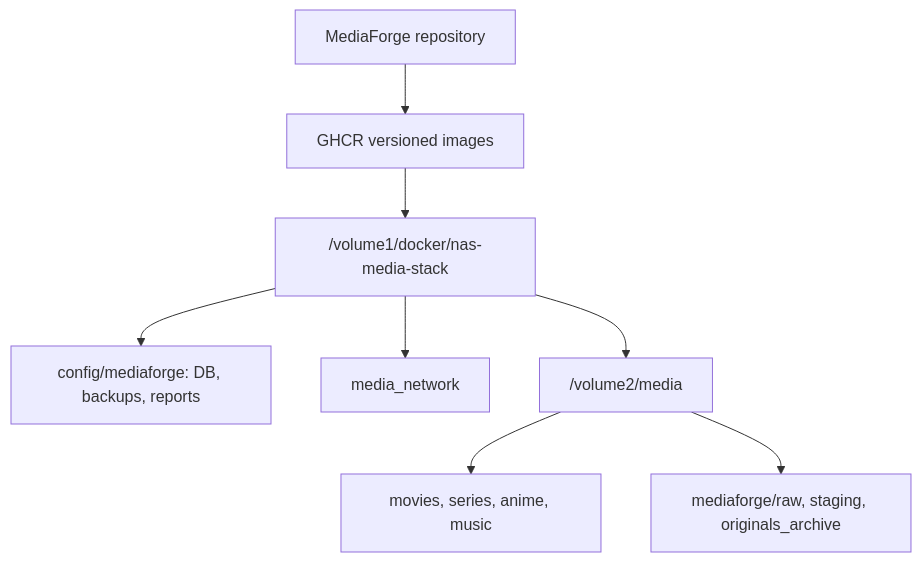
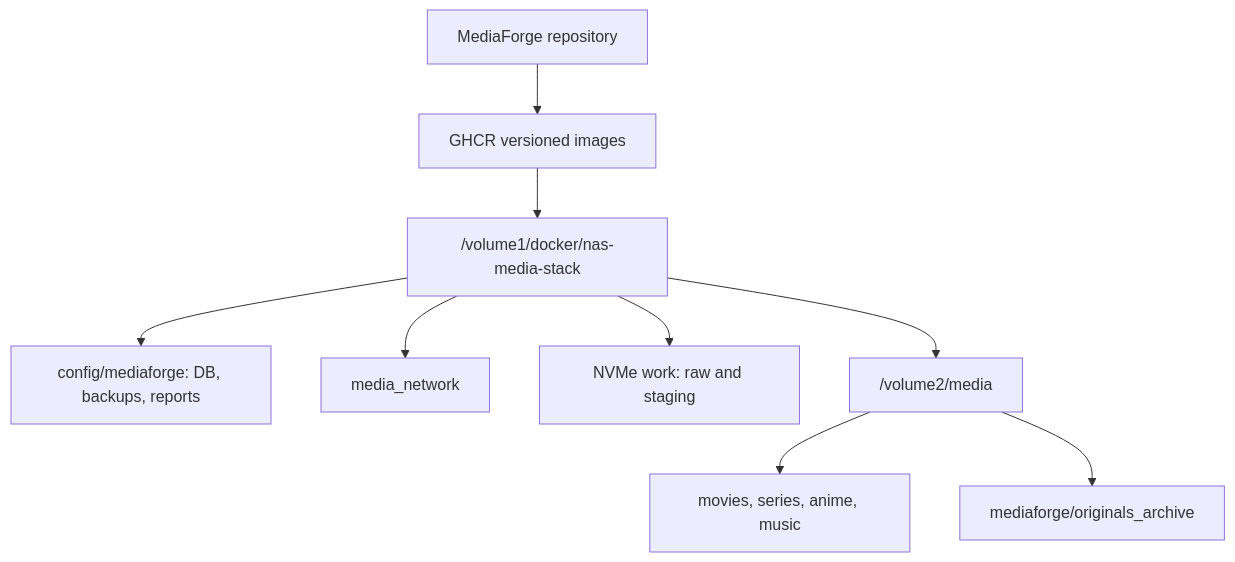
One commit to xxmenioxx/mediaforge changed the first of 2 diagrams in docs/guides/nas-media-stack-integration.md. Above: the diagram before and after it, drawn with Mermaid. The commit also changed other lines of this file and 4 other files, not shown here.

Commit message:
Update documentation to change staging and work flows paths into NVMe's drives

````diff
--- a/docs/guides/nas-media-stack-integration.md
+++ b/docs/guides/nas-media-stack-integration.md
@@ -37,10 +39,11 @@
 ```mermaid
 flowchart TD
     REPO["MediaForge repository"] --> GHCR["GHCR versioned images"]
     GHCR --> STACK["/volume1/docker/nas-media-stack"]
     STACK --> CONFIG["config/mediaforge: DB, backups, reports"]
     STACK --> NETWORK["media_network"]
+    STACK --> WORK["NVMe work: raw and staging"]
     STACK --> MEDIA["/volume2/media"]
     MEDIA --> LIBRARY["movies, series, anime, music"]
-    MEDIA --> WORK["mediaforge/raw, staging, originals_archive"]
+    MEDIA --> ARCHIVE["mediaforge/originals_archive"]
 ```
````
